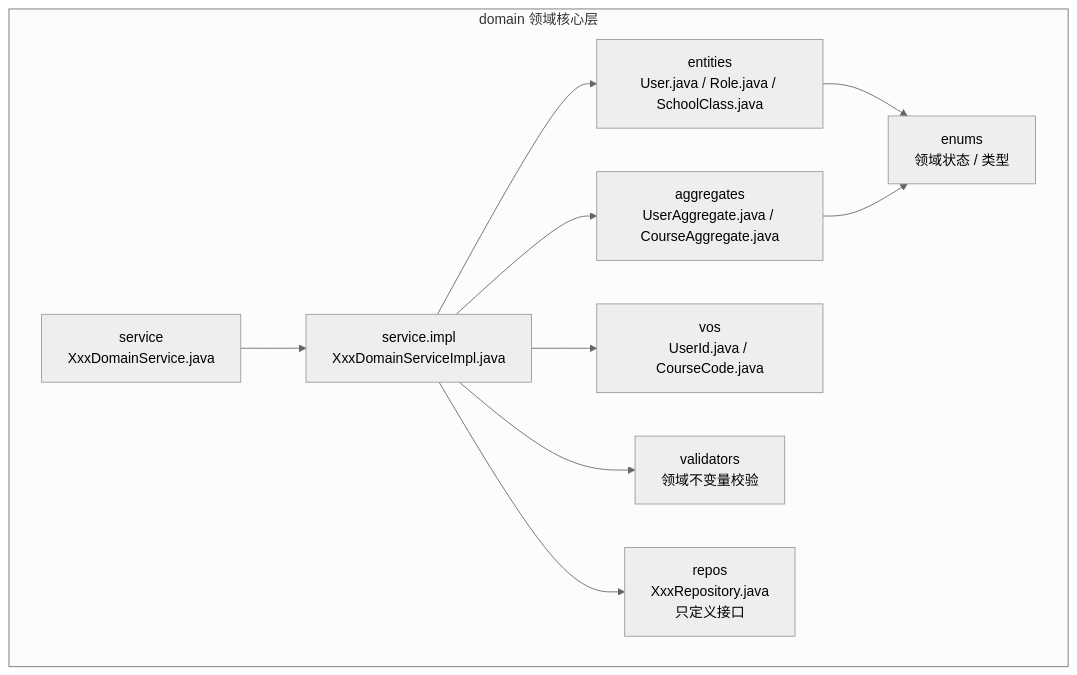
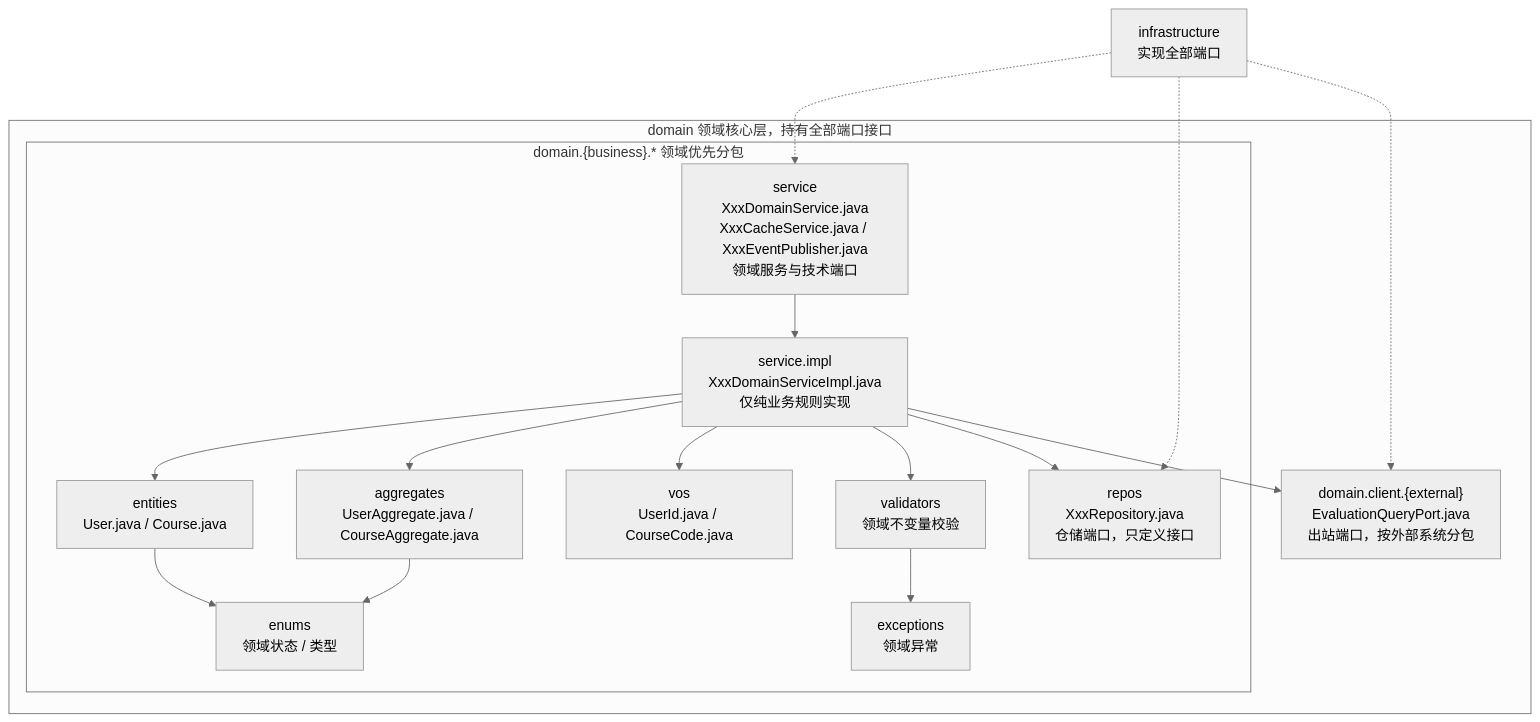
Before and after one commit to AllenDEricDAlexander/Egon-COLA: the seventh of 19 diagrams in egon-cola-archetypes/architecture-mermaid-diagrams.md, drawn with Mermaid (neutral theme). The commit also changed other lines of this file and 32 other files, not shown here.

First line of the commit message:
fix(archetypes): make architecture governance actually enforce, correct guide docs

````diff
--- a/egon-cola-archetypes/architecture-mermaid-diagrams.md
+++ b/egon-cola-archetypes/architecture-mermaid-diagrams.md
@@ -163,22 +186,31 @@
 ```mermaid
 flowchart TD
-    subgraph DOMAIN["domain 领域核心层"]
-        ENTITIES["entities<br/>User.java / Role.java / SchoolClass.java"]
-        AGGREGATES["aggregates<br/>UserAggregate.java / CourseAggregate.java"]
-        VOS["vos<br/>UserId.java / CourseCode.java"]
-        SERVICE["service<br/>XxxDomainService.java"]
-        SERVICE_IMPL["service.impl<br/>XxxDomainServiceImpl.java"]
-        REPOS["repos<br/>XxxRepository.java<br/>只定义接口"]
-        VALIDATORS["validators<br/>领域不变量校验"]
-        ENUMS["enums<br/>领域状态 / 类型"]
+    subgraph DOMAIN["domain 领域核心层，持有全部端口接口"]
+        subgraph DOMAIN_BIZ["domain.{business}.* 领域优先分包"]
+            ENTITIES["entities<br/>User.java / Course.java"]
+            AGGREGATES["aggregates<br/>UserAggregate.java / CourseAggregate.java"]
+            VOS["vos<br/>UserId.java / CourseCode.java"]
+            SERVICE["service<br/>XxxDomainService.java<br/>XxxCacheService.java / XxxEventPublisher.java<br/>领域服务与技术端口"]
+            SERVICE_IMPL["service.impl<br/>XxxDomainServiceImpl.java<br/>仅纯业务规则实现"]
+            REPOS["repos<br/>XxxRepository.java<br/>仓储端口，只定义接口"]
+            VALIDATORS["validators<br/>领域不变量校验"]
+            ENUMS["enums<br/>领域状态 / 类型"]
+            EXCEPTIONS["exceptions<br/>领域异常"]
+        end
+        CLIENT["domain.client.{external}<br/>EvaluationQueryPort.java<br/>出站端口，按外部系统分包"]
     end
 
     SERVICE --> SERVICE_IMPL
     SERVICE_IMPL --> ENTITIES
     SERVICE_IMPL --> AGGREGATES
     SERVICE_IMPL --> VOS
     SERVICE_IMPL --> VALIDATORS
     SERVICE_IMPL --> REPOS
+    SERVICE_IMPL --> CLIENT
     ENTITIES --> ENUMS
     AGGREGATES --> ENUMS
+    VALIDATORS --> EXCEPTIONS
+    INFRA["infrastructure<br/>实现全部端口"] -.-> SERVICE
+    INFRA -.-> REPOS
+    INFRA -.-> CLIENT
 ```
````
